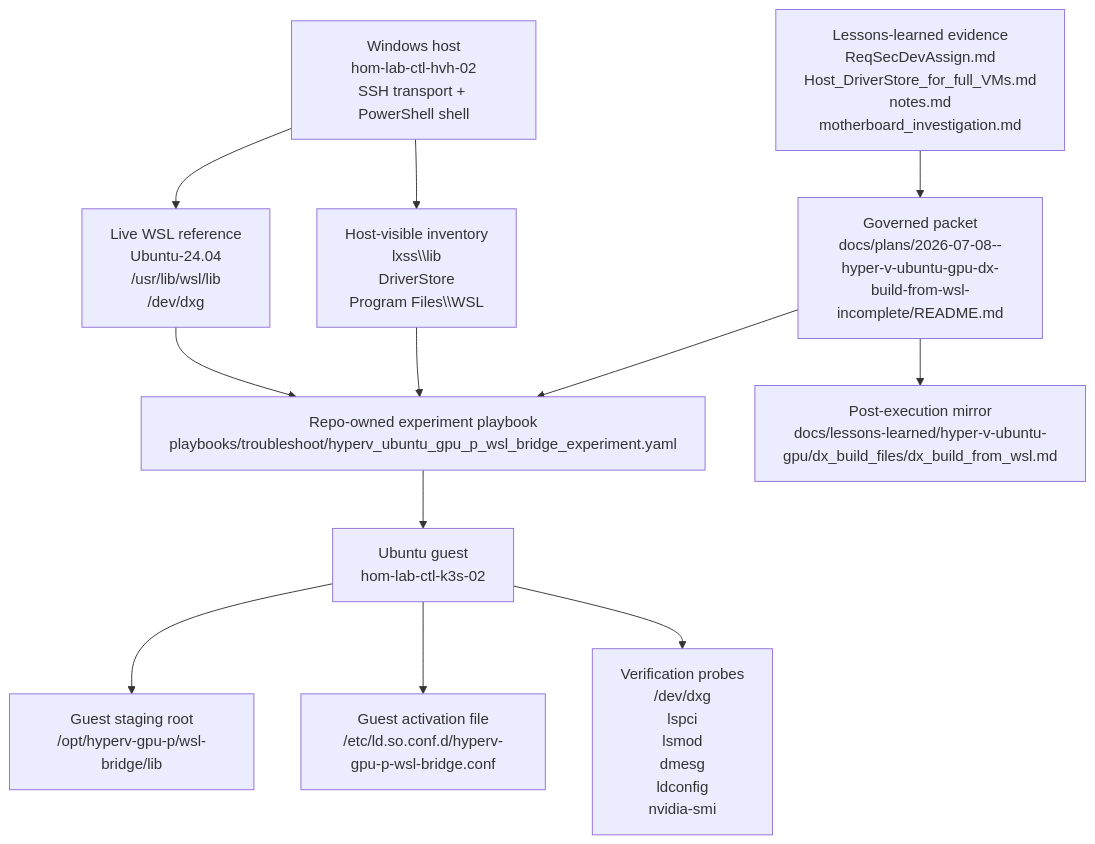
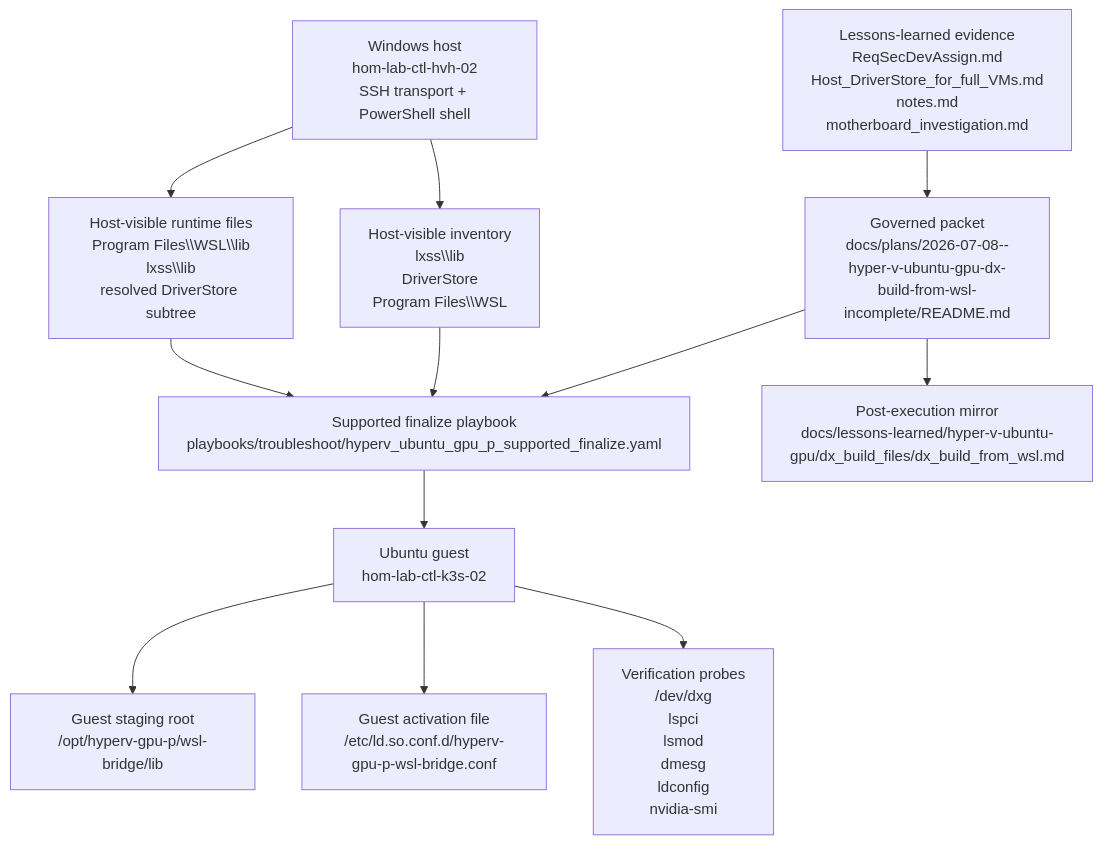
Before and after one commit to doesitscript/dotfile-vnext: the first of 3 diagrams in docs/lessons-learned/hyper-v-ubuntu-gpu/dx_build_files/dx_build_from_wsl.md, drawn with Mermaid. The commit also changed other lines of this file and 98 other files, not shown here.

````diff
--- a/docs/lessons-learned/hyper-v-ubuntu-gpu/dx_build_files/dx_build_from_wsl.md
+++ b/docs/lessons-learned/hyper-v-ubuntu-gpu/dx_build_files/dx_build_from_wsl.md
@@ -109,14 +127,14 @@
 ```mermaid
 flowchart TD
-    A["Governed packet<br/>docs/plans/2026-07-08--hyper-v-ubuntu-gpu-dx-build-from-wsl-incomplete/README.md"] --> B["Repo-owned experiment playbook<br/>playbooks/troubleshoot/hyperv_ubuntu_gpu_p_wsl_bridge_experiment.yaml"]
+    A["Governed packet<br/>docs/plans/2026-07-08--hyper-v-ubuntu-gpu-dx-build-from-wsl-incomplete/README.md"] --> B["Supported finalize playbook<br/>playbooks/troubleshoot/hyperv_ubuntu_gpu_p_supported_finalize.yaml"]
     C["Lessons-learned evidence<br/>ReqSecDevAssign.md<br/>Host_DriverStore_for_full_VMs.md<br/>notes.md<br/>motherboard_investigation.md"] --> A
     D["Windows host<br/>hom-lab-ctl-hvh-02<br/>SSH transport + PowerShell shell"] --> E["Host-visible inventory<br/>lxss\\lib<br/>DriverStore<br/>Program Files\\WSL"]
-    D --> F["Live WSL reference<br/>Ubuntu-24.04<br/>/usr/lib/wsl/lib<br/>/dev/dxg"]
+    D --> F["Host-visible runtime files<br/>Program Files\\WSL\\lib<br/>lxss\\lib<br/>resolved DriverStore subtree"]
     E --> B
     F --> B
     B --> G["Ubuntu guest<br/>hom-lab-ctl-k3s-02"]
     G --> H["Guest staging root<br/>/opt/hyperv-gpu-p/wsl-bridge/lib"]
     G --> I["Guest activation file<br/>/etc/ld.so.conf.d/hyperv-gpu-p-wsl-bridge.conf"]
     G --> J["Verification probes<br/>/dev/dxg<br/>lspci<br/>lsmod<br/>dmesg<br/>ldconfig<br/>nvidia-smi"]
     A --> K["Post-execution mirror<br/>docs/lessons-learned/hyper-v-ubuntu-gpu/dx_build_files/dx_build_from_wsl.md"]
 ```
````
